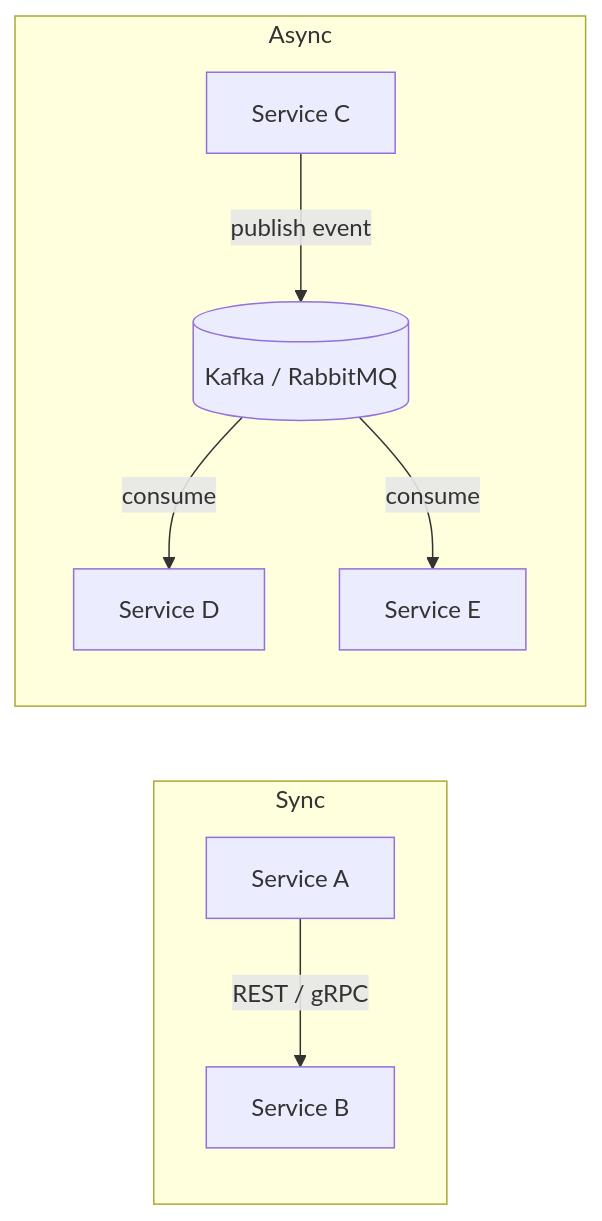
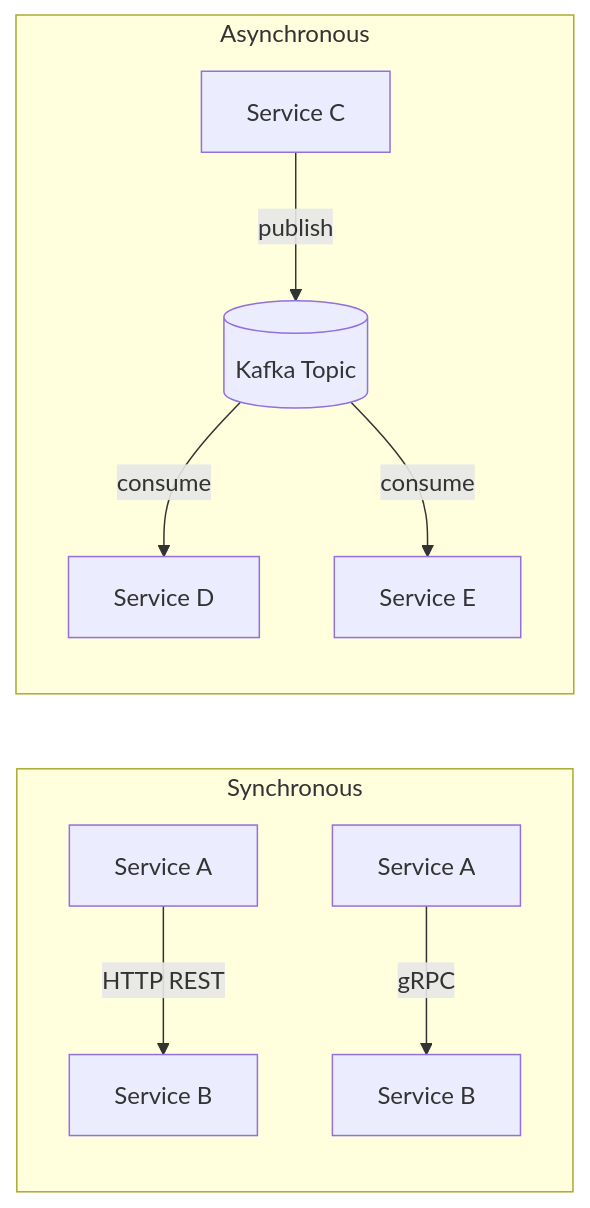
Before and after one commit to jether2011/interview-questions: the fourth of 11 diagrams in microservices-patterns.md, drawn with Mermaid. The commit also changed other lines of this file and 13 other files, not shown here.

````diff
--- a/microservices-patterns.md
+++ b/microservices-patterns.md
@@ -106,11 +190,12 @@
 ```mermaid
 flowchart LR
-    subgraph Sync
-        A[Service A] -->|REST / gRPC| B[Service B]
+    subgraph Synchronous
+        A[Service A] -->|HTTP REST| B[Service B]
+        A2[Service A] -->|gRPC| B2[Service B]
     end
-    subgraph Async
-        C[Service C] -->|publish event| Broker[(Kafka / RabbitMQ)]
-        Broker -->|consume| D[Service D]
-        Broker -->|consume| E[Service E]
+    subgraph Asynchronous
+        C[Service C] -->|publish| K[(Kafka Topic)]
+        K -->|consume| D[Service D]
+        K -->|consume| E[Service E]
     end
 ```
````
